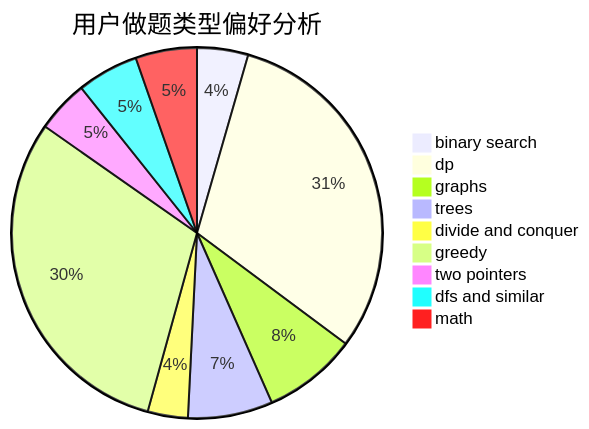
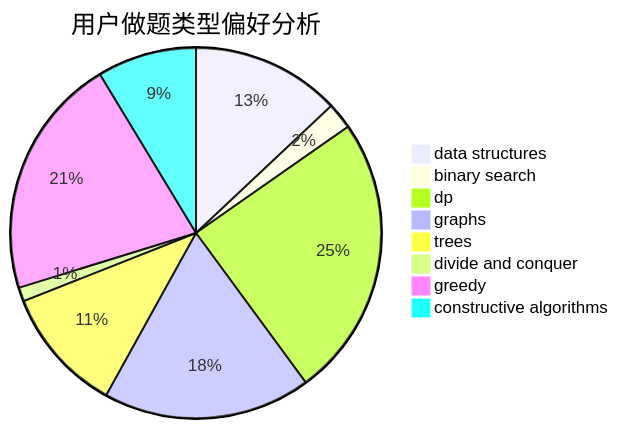
Before and after one commit to sherpahu/cfrs.github.io: the second of 3 diagrams in docs/user/u946.md, drawn with Mermaid. The commit also changed other lines of this file and 2775 other files, not shown here.

````diff
--- a/docs/user/u946.md
+++ b/docs/user/u946.md
@@ -23,12 +23,11 @@
 ```mermaid
 pie title 用户做题类型偏好分析
-    "binary search" :  94
-    "dp" :  648
-    "graphs" :  173
-    "trees" :  156
-    "divide and conquer" :  74
-    "greedy" :  642
-    "two pointers" :  96
-    "dfs and similar" :  113
-    "math" :  113
+    "data structures" :  96
+    "binary search" :  17
+    "dp" :  182
+    "graphs" :  134
+    "trees" :  81
+    "divide and conquer" :  9
+    "greedy" :  156
+    "constructive algorithms" :  64
 ```
````
